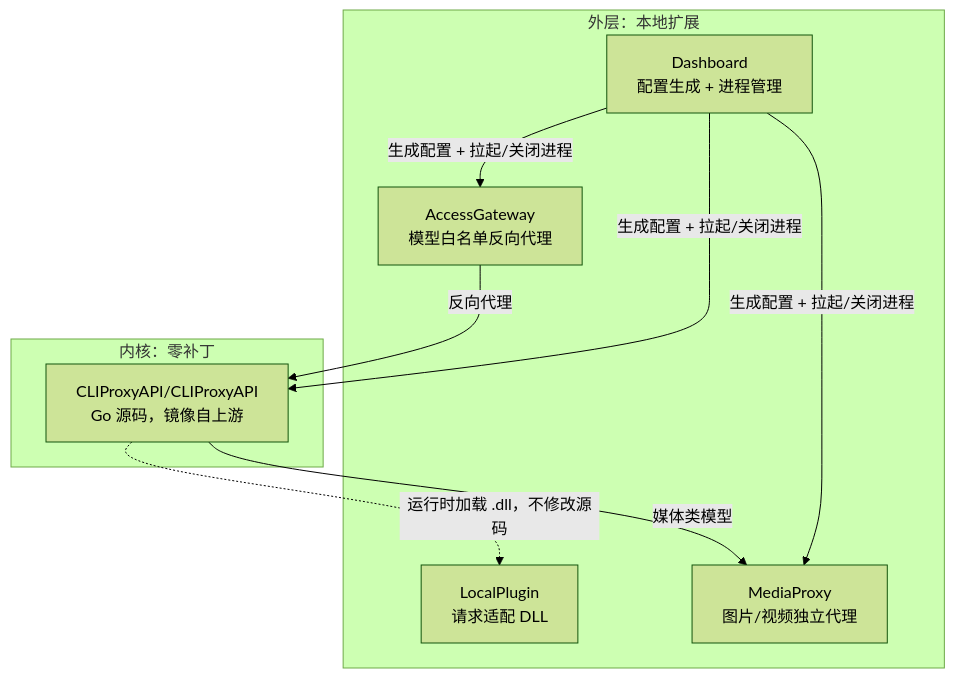
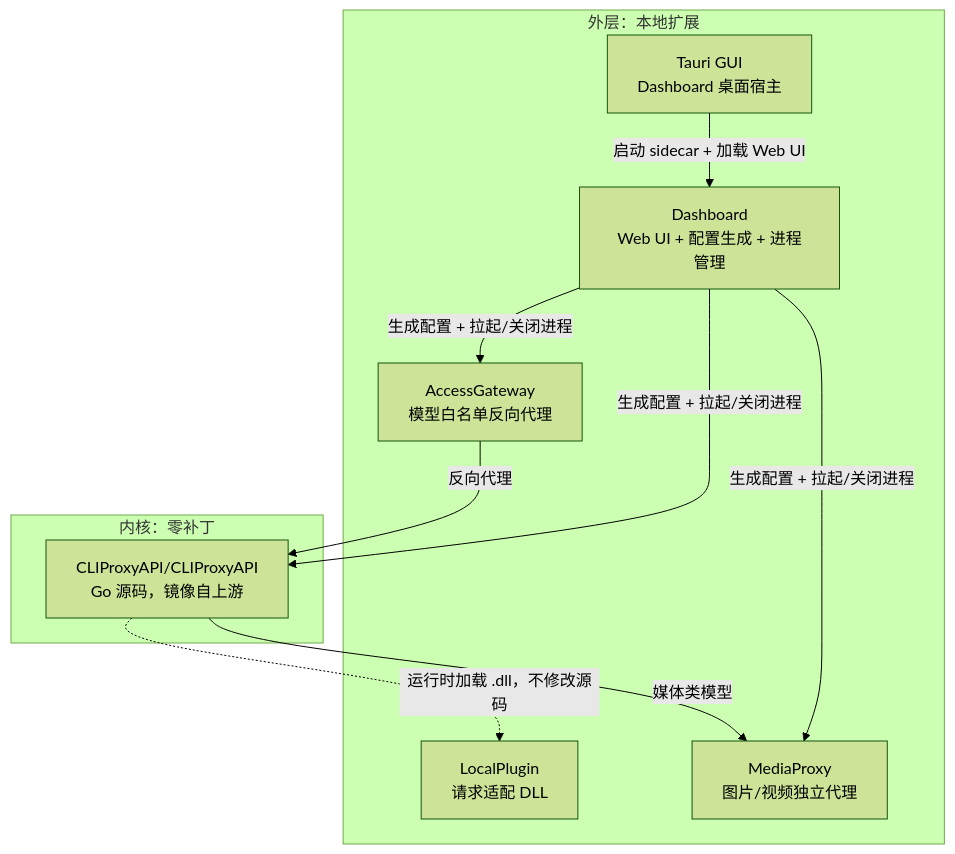
The diagram in docs/ARCHITECTURE.md (felyou0416/CLIProxyAPI_work), drawn with Mermaid (forest theme) before and after one commit. The commit also changed other lines of this file and 100 other files, not shown here.

Commit message:
release: v1.5.0 - Tauri desktop host, dashboard enhancements, 372k context default, and CPA v7.2.145

````diff
--- a/docs/ARCHITECTURE.md
+++ b/docs/ARCHITECTURE.md
@@ -27,18 +27,20 @@
 ```mermaid
 flowchart TB
     subgraph 外层["外层：本地扩展"]
         Gateway["AccessGateway<br/>模型白名单反向代理"]
         Plugin["LocalPlugin<br/>请求适配 DLL"]
         MediaProxy["MediaProxy<br/>图片/视频独立代理"]
-        Dashboard["Dashboard<br/>配置生成 + 进程管理"]
+        Dashboard["Dashboard<br/>Web UI + 配置生成 + 进程管理"]
+        Tauri["Tauri GUI<br/>Dashboard 桌面宿主"]
     end
     subgraph 内核["内核：零补丁"]
         Core["CLIProxyAPI/CLIProxyAPI<br/>Go 源码，镜像自上游"]
     end
+    Tauri -->|启动 sidecar + 加载 Web UI| Dashboard
     Dashboard -->|生成配置 + 拉起/关闭进程| Gateway
     Dashboard -->|生成配置 + 拉起/关闭进程| Core
     Dashboard -->|生成配置 + 拉起/关闭进程| MediaProxy
     Gateway -->|反向代理| Core
     Core -.->|运行时加载 .dll，不修改源码| Plugin
     Core -->|媒体类模型| MediaProxy
 ```
````
